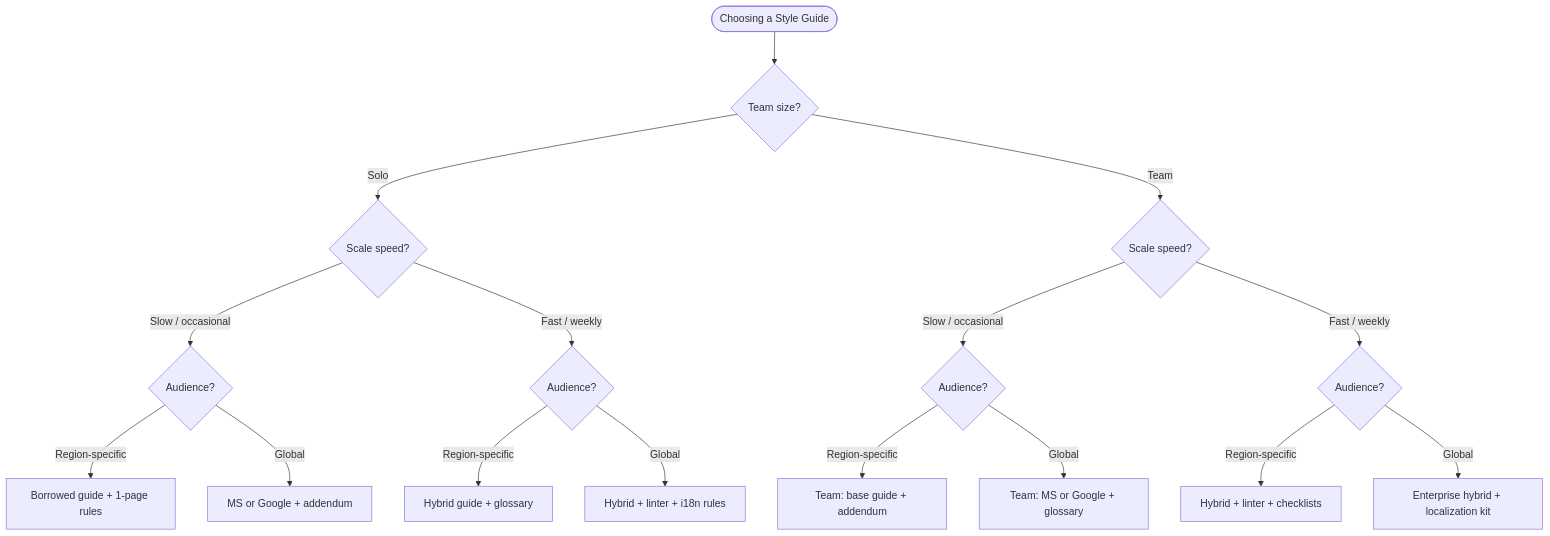
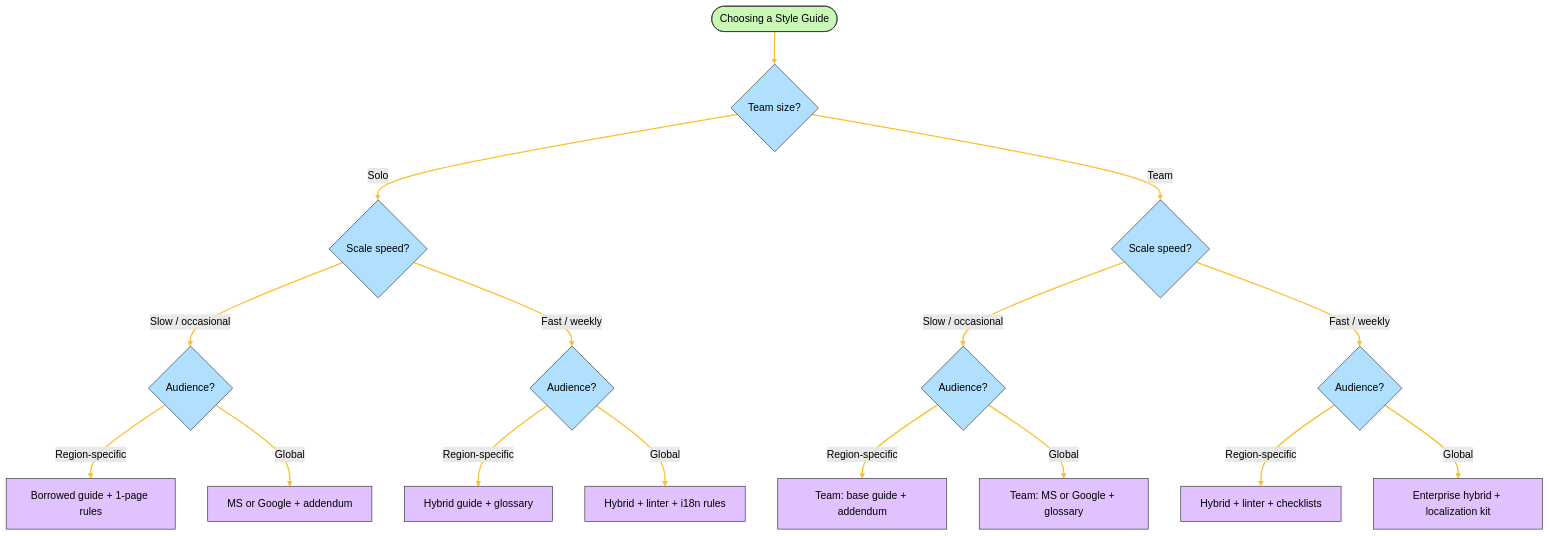
One commit to kaywina/docs-layer changed the diagram in tech-blog/blog/2025-09-24-choosing-style-guide.md. Above: the diagram before and after it, drawn with Mermaid. The commit also changed other lines of this file, not shown here.

Commit message:
mermaid styling

````diff
--- a/tech-blog/blog/2025-09-24-choosing-style-guide.md
+++ b/tech-blog/blog/2025-09-24-choosing-style-guide.md
@@ -87,23 +89,34 @@
 ```mermaid
 flowchart TD
     A([Choosing a Style Guide]) --> B{Team size?}
     B -- "Solo" --> C{Scale speed?}
     B -- "Team" --> F{Scale speed?}
 
     C -- "Slow / occasional" --> D{Audience?}
     C -- "Fast / weekly" --> E{Audience?}
     F -- "Slow / occasional" --> G{Audience?}
     F -- "Fast / weekly" --> H{Audience?}
 
     D -- "Region-specific" --> R1[Borrowed guide + 1-page rules]
     D -- "Global" --> R2[MS or Google + addendum]
 
     E -- "Region-specific" --> R3[Hybrid guide + glossary]
     E -- "Global" --> R4[Hybrid + linter + i18n rules]
 
     G -- "Region-specific" --> R5[Team: base guide + addendum]
     G -- "Global" --> R6[Team: MS or Google + glossary]
 
     H -- "Region-specific" --> R7[Hybrid + linter + checklists]
     H -- "Global" --> R8[Enterprise hybrid + localization kit]
+
+    classDef default fill:#fff,stroke:#333,stroke-width:1px,color:#000;
+    classDef start fill:#c9f7b5,stroke:#333,stroke-width:1px;
+    classDef decision fill:#b1e0ff,stroke:#333,stroke-width:1px;
+    classDef outcome fill:#e0c2ff,stroke:#333,stroke-width:1px;
+
+    class A start
+    class B,C,F,D,E,G,H decision
+    class R1,R2,R3,R4,R5,R6,R7,R8 outcome
+
+    linkStyle default stroke:#fbc02d,stroke-width:2px,color:#000
 ```
````
